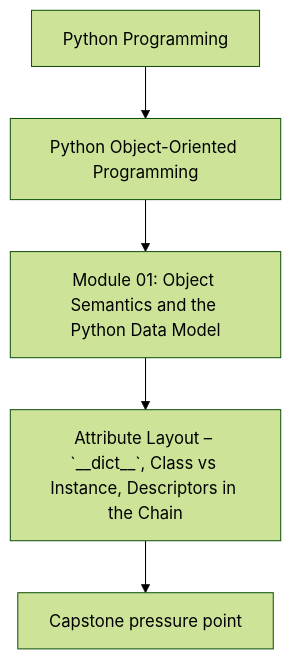
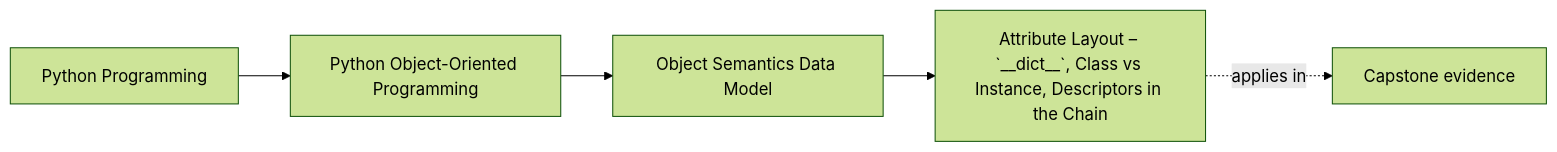
Before and after one commit to bijux/bijux-masterclass: the first of 2 diagrams in programs/python-programming/python-object-oriented-programming/course-book/module-01-object-semantics-data-model/attribute-layout-class-and-instance-state.md, drawn with Mermaid (forest theme). The commit also changed other lines of this file and 65 other files, not shown here.

Commit message:
docs(python-object-oriented-programming): map object model and design foundations

````diff
--- a/programs/python-programming/python-object-oriented-programming/course-book/module-01-object-semantics-data-model/attribute-layout-class-and-instance-state.md
+++ b/programs/python-programming/python-object-oriented-programming/course-book/module-01-object-semantics-data-model/attribute-layout-class-and-instance-state.md
@@ -7,7 +7,11 @@
 ```mermaid
-flowchart TD
-  family["Python Programming"] --> program["Python Object-Oriented Programming"]
-  program --> module["Module 01: Object Semantics and the Python Data Model"]
-  module --> concept["Attribute Layout – `__dict__`, Class vs Instance, Descriptors in the Chain"]
-  concept --> capstone["Capstone pressure point"]
+graph LR
+  family["Python Programming"]
+  program["Python Object-Oriented Programming"]
+  section["Object Semantics Data Model"]
+  page["Attribute Layout – `__dict__`, Class vs Instance, Descriptors in the Chain"]
+  capstone["Capstone evidence"]
+
+  family --> program --> section --> page
+  page -.applies in.-> capstone
 ```
````
